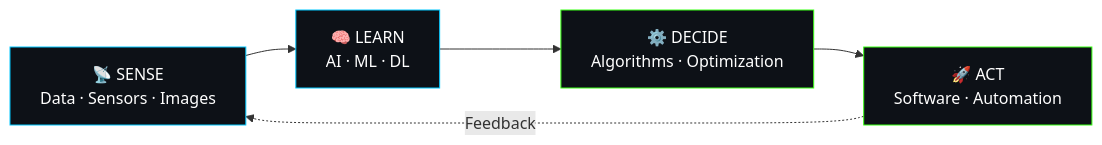
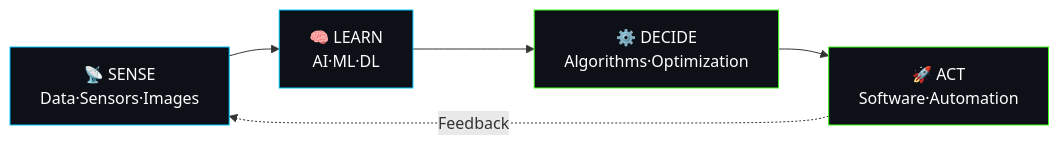
One commit to khadija-mousaid/Khadija-MOUSAID changed the first of 2 diagrams in README.md. Above: the diagram before and after it, drawn with Mermaid. The commit also changed other lines of this file, not shown here.

Commit message:
Refactor README for clarity and new experiments
Updated the README to improve formatting and added new experiment details.

````diff
--- a/README.md
+++ b/README.md
@@ -52,15 +52,15 @@
 ```mermaid
 flowchart LR
-    A["📡 SENSE<br/>Data · Sensors · Images"]
-    B["🧠 LEARN<br/>AI · ML · DL"]
-    C["⚙️ DECIDE<br/>Algorithms · Optimization"]
-    D["🚀 ACT<br/>Software · Automation"]
+    A["📡 SENSE<br/>Data·Sensors·Images"]
+    B["🧠 LEARN<br/>AI·ML·DL"]
+    C["⚙️ DECIDE<br/>Algorithms·Optimization"]
+    D["🚀 ACT<br/>Software·Automation"]
 
     A --> B --> C --> D
     D -. Feedback .-> A
 
     style A fill:#0D1117,stroke:#00C8FF,color:#FFFFFF
     style B fill:#0D1117,stroke:#00C8FF,color:#FFFFFF
     style C fill:#0D1117,stroke:#39FF14,color:#FFFFFF
     style D fill:#0D1117,stroke:#39FF14,color:#FFFFFF
 ```
````
